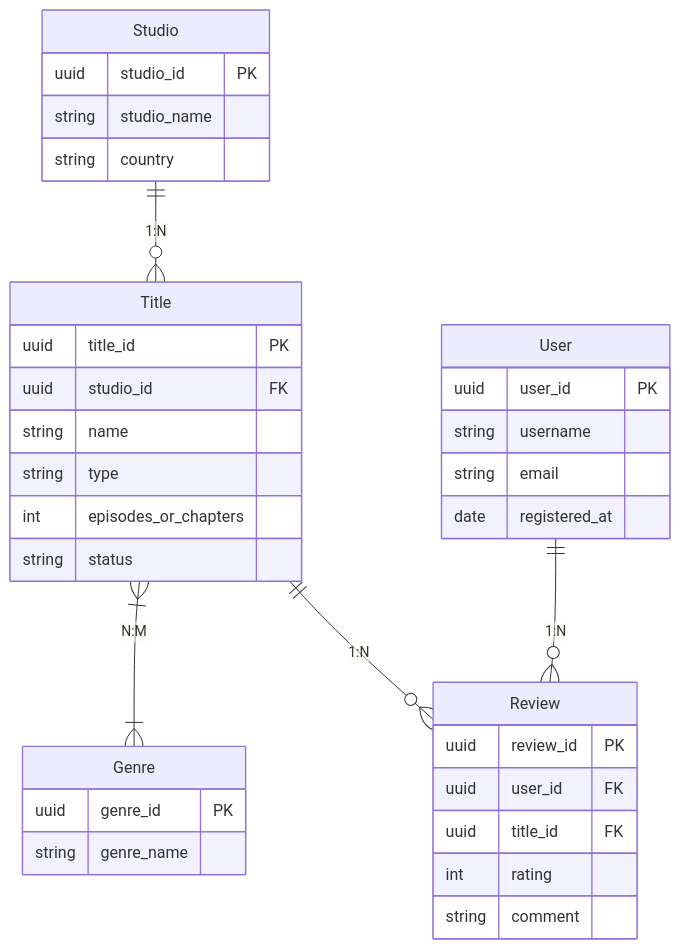
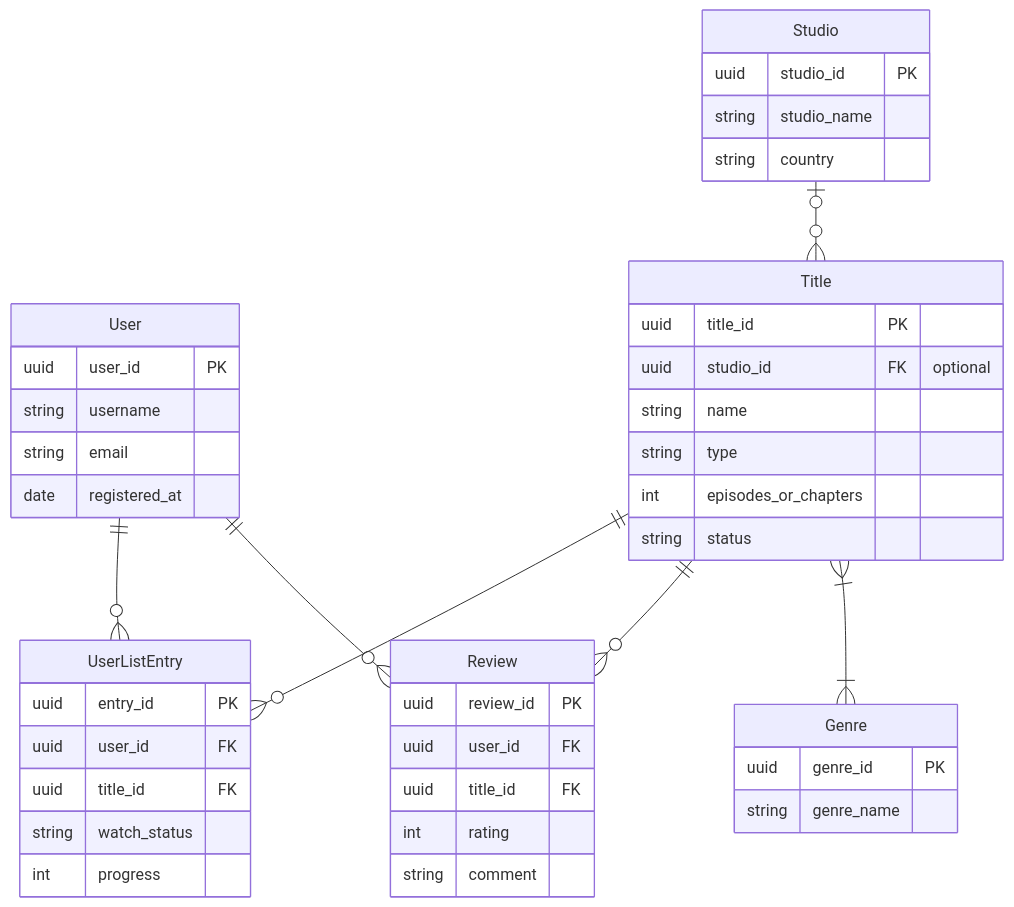
Before and after one commit to kitamotoka08/kpi2c: the diagram in erdiagram.mmd, drawn with Mermaid.

Commit message:
Enhance ER diagram with UserListEntry and relationships
Added UserListEntry entity and updated relationships.

```diff
--- a/erdiagram.mmd
+++ b/erdiagram.mmd
@@ -1,40 +1,50 @@
 erDiagram
     User {
         uuid user_id PK
         string username
         string email
         date registered_at
     }
 
     Title {
         uuid title_id PK
-        uuid studio_id FK
+        uuid studio_id FK "optional"
         string name
         string type
         int episodes_or_chapters
         string status
     }
 
     Genre {
         uuid genre_id PK
         string genre_name
     }
 
     Studio {
         uuid studio_id PK
         string studio_name
         string country
     }
 
     Review {
         uuid review_id PK
         uuid user_id FK
         uuid title_id FK
         int rating
         string comment
     }
 
-    Studio ||--o{ Title : "1:N"
-    Title }|--|{ Genre : "N:M"
-    User ||--o{ Review : "1:N"
-    Title ||--o{ Review : "1:N"
+    UserListEntry {
+        uuid entry_id PK
+        uuid user_id FK
+        uuid title_id FK
+        string watch_status
+        int progress
+    }
+
+    Studio |o--o{ Title : ""
+    Title }|--|{ Genre : ""
+    User ||--o{ Review : ""
+    Title ||--o{ Review : ""
+    User ||--o{ UserListEntry : ""
+    Title ||--o{ UserListEntry : ""
```
